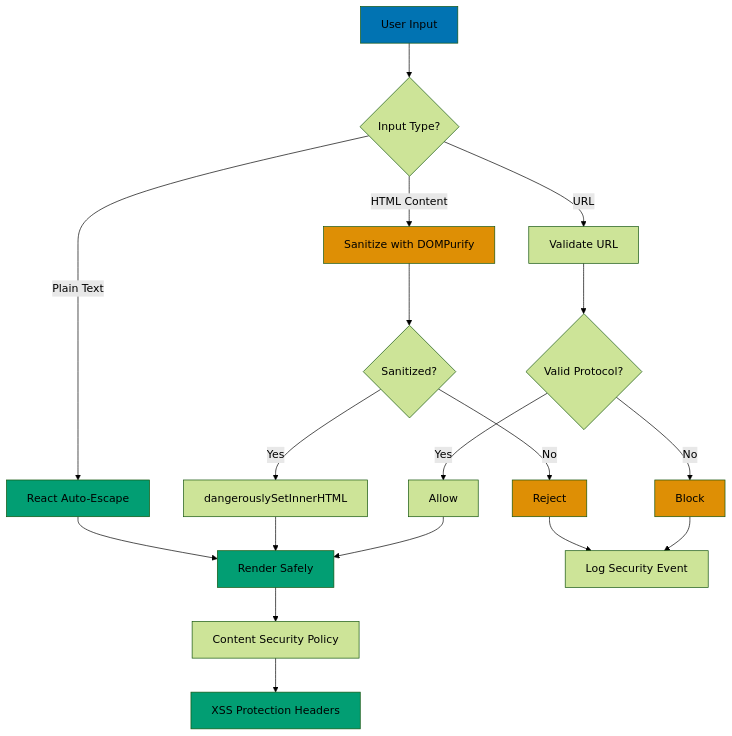
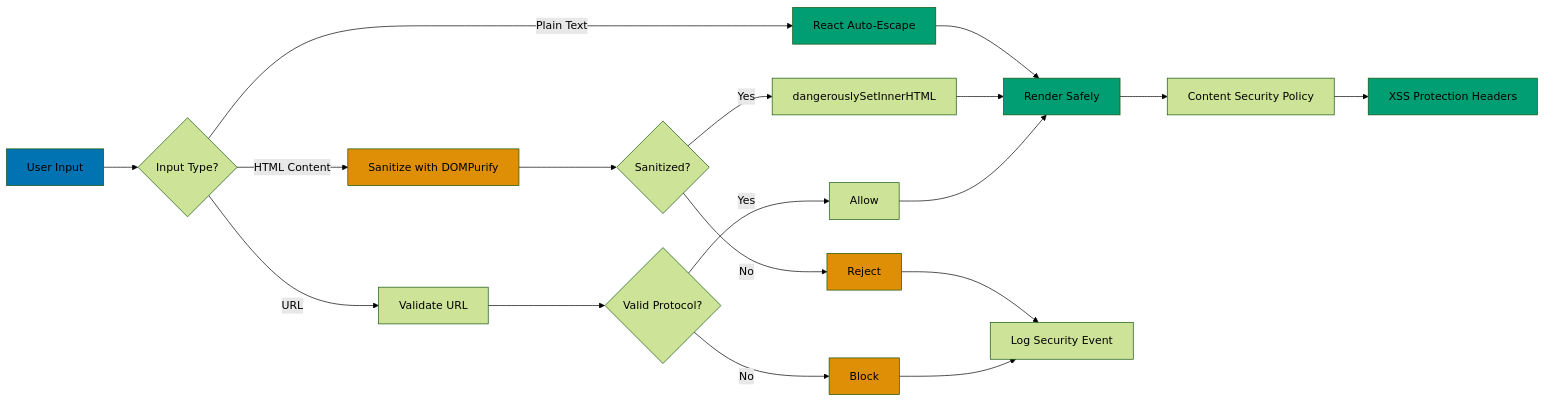
One commit to wahidyankf/open-sharia-enterprise changed the diagram in docs/explanation/software-engineering/platform-web/tools/fe-react/security.md. Above: the diagram before and after it, drawn with Mermaid (forest theme). The commit also changed 22 other files, not shown here.

First line of the commit message:
fix(docs): fix mermaid violations in platform-web docs

````diff
--- a/docs/explanation/software-engineering/platform-web/tools/fe-react/security.md
+++ b/docs/explanation/software-engineering/platform-web/tools/fe-react/security.md
@@ -42,38 +42,38 @@
 ```mermaid
 %% Color Palette: Blue #0173B2, Orange #DE8F05, Teal #029E73, Purple #CC78BC
 %% All colors are color-blind friendly and meet WCAG AA contrast standards
 
-graph TD
+graph LR
     A[User Input] --> B{Input Type?}
 
     B -->|Plain Text| C[React Auto-Escape]
     B -->|HTML Content| D[Sanitize with DOMPurify]
     B -->|URL| E[Validate URL]
 
     C --> F[Render Safely]
 
     D --> G{Sanitized?}
     G -->|Yes| H[dangerouslySetInnerHTML]
     G -->|No| I[Reject]
 
     E --> J{Valid Protocol?}
     J -->|Yes| K[Allow]
     J -->|No| L[Block]
 
     H --> F
     K --> F
 
     I --> M[Log Security Event]
     L --> M
 
     F --> N[Content Security Policy]
     N --> O[XSS Protection Headers]
 
     style A fill:#0173B2
     style C fill:#029E73
     style D fill:#DE8F05
     style F fill:#029E73
     style I fill:#DE8F05
     style L fill:#DE8F05
     style O fill:#029E73
 ```
````
